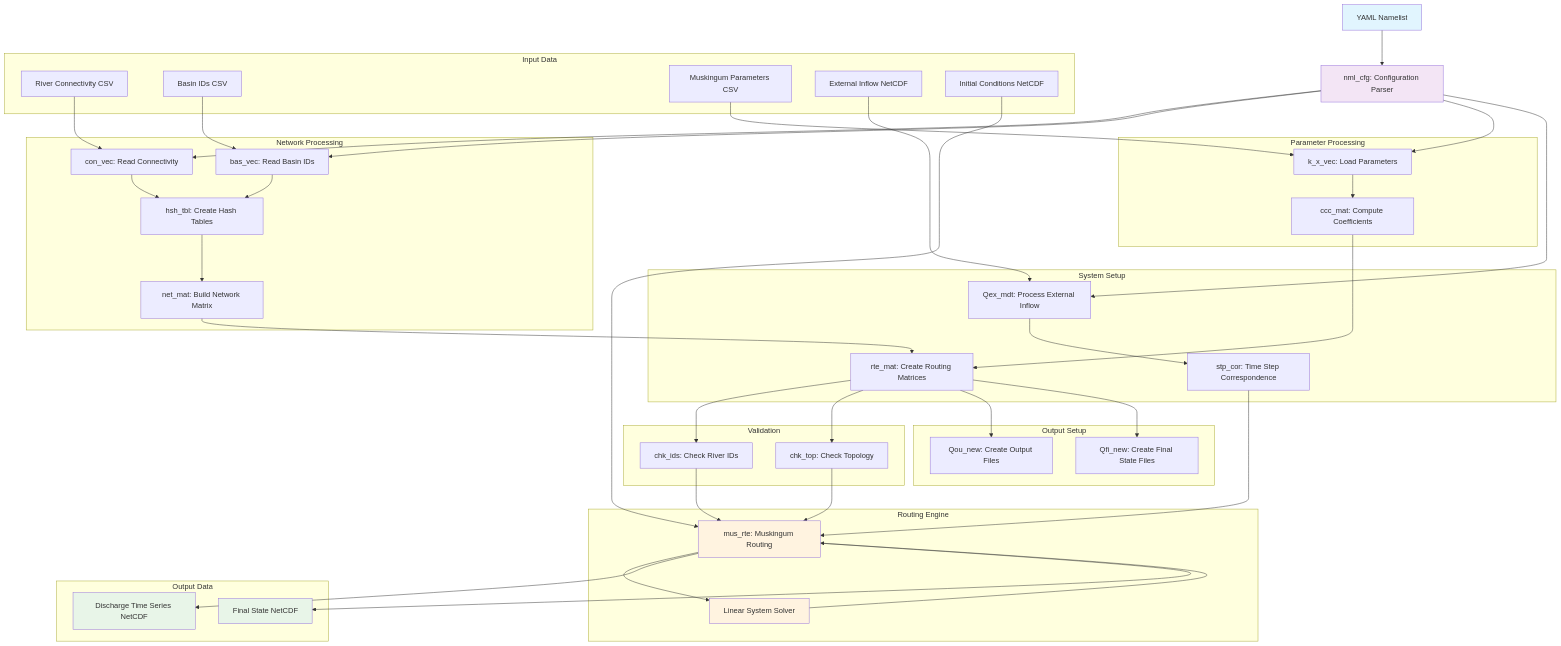
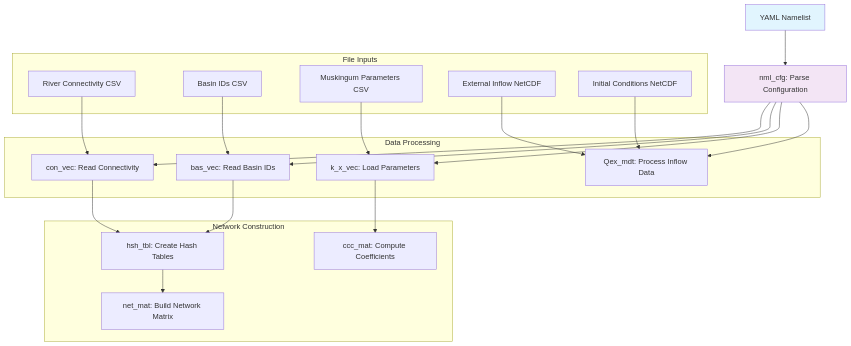
Before and after one commit to c-h-david/rapid-hub: the second of 5 diagrams in docs/developer-guide/architecture.md, drawn with Mermaid. The commit also changed other lines of this file and 3 other files, not shown here.

````diff
--- a/docs/developer-guide/architecture.md
+++ b/docs/developer-guide/architecture.md
@@ -9,92 +34,44 @@
 ```mermaid
 graph TD
-    A[YAML Namelist] --> B[nml_cfg: Configuration Parser]
+    A[YAML Namelist] --> B[nml_cfg: Parse Configuration]
     
-    subgraph "Input Data"
+    subgraph "File Inputs"
         C[River Connectivity CSV]
-        D[Basin IDs CSV]
+        D[Basin IDs CSV] 
         E[Muskingum Parameters CSV]
         F[External Inflow NetCDF]
         G[Initial Conditions NetCDF]
     end
     
-    subgraph "Network Processing"
+    subgraph "Data Processing"
         H[con_vec: Read Connectivity]
         I[bas_vec: Read Basin IDs]
-        J[hsh_tbl: Create Hash Tables]
-        K[net_mat: Build Network Matrix]
+        J[k_x_vec: Load Parameters]
+        K[Qex_mdt: Process Inflow Data]
     end
     
-    subgraph "Parameter Processing"
-        L[k_x_vec: Load Parameters]
-        M[ccc_mat: Compute Coefficients]
-    end
-    
-    subgraph "System Setup"
-        N[rte_mat: Create Routing Matrices]
-        O[Qex_mdt: Process External Inflow]
-        P[stp_cor: Time Step Correspondence]
-    end
-    
-    subgraph "Validation"
-        Q[chk_ids: Check River IDs]
-        R[chk_top: Check Topology]
-    end
-    
-    subgraph "Output Setup"
-        S[Qou_new: Create Output Files]
-        T[Qfi_new: Create Final State Files]
-    end
-    
-    subgraph "Routing Engine"
-        U[mus_rte: Muskingum Routing]
-        V[Linear System Solver]
-    end
-    
-    subgraph "Output Data"
-        W[Discharge Time Series NetCDF]
-        X[Final State NetCDF]
+    subgraph "Network Construction"
+        L[hsh_tbl: Create Hash Tables]
+        M[net_mat: Build Network Matrix]
+        N[ccc_mat: Compute Coefficients]
     end
     
     B --> H
     B --> I
-    B --> L
-    B --> O
+    B --> J
+    B --> K
     
     C --> H
     D --> I
-    E --> L
-    F --> O
-    G --> U
+    E --> J
+    F --> K
+    G --> K
     
-    H --> J
-    I --> J
-    J --> K
-    
+    H --> L
+    I --> L
     L --> M
-    
-    K --> N
-    M --> N
-    O --> P
-    
-    N --> Q
-    N --> R
-    N --> S
-    N --> T
-    
-    Q --> U
-    R --> U
-    P --> U
-    
-    U --> V
-    V --> U
-    U --> W
-    U --> X
+    J --> N
     
     style A fill:#e1f5fe
     style B fill:#f3e5f5
-    style U fill:#fff3e0
-    style V fill:#fff3e0
-    style W fill:#e8f5e8
-    style X fill:#e8f5e8
 ```
````
